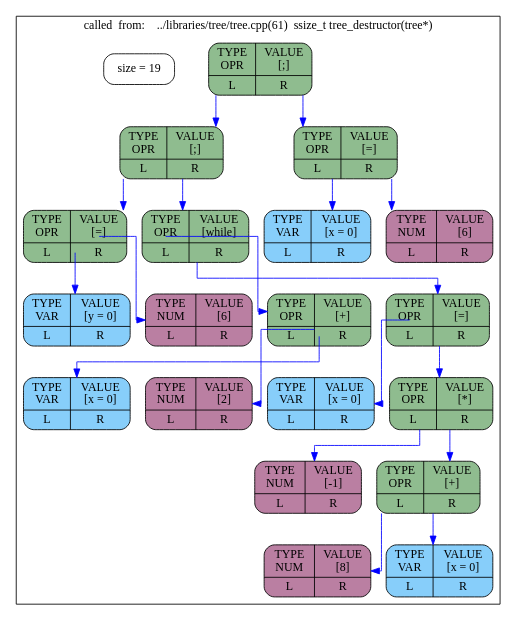
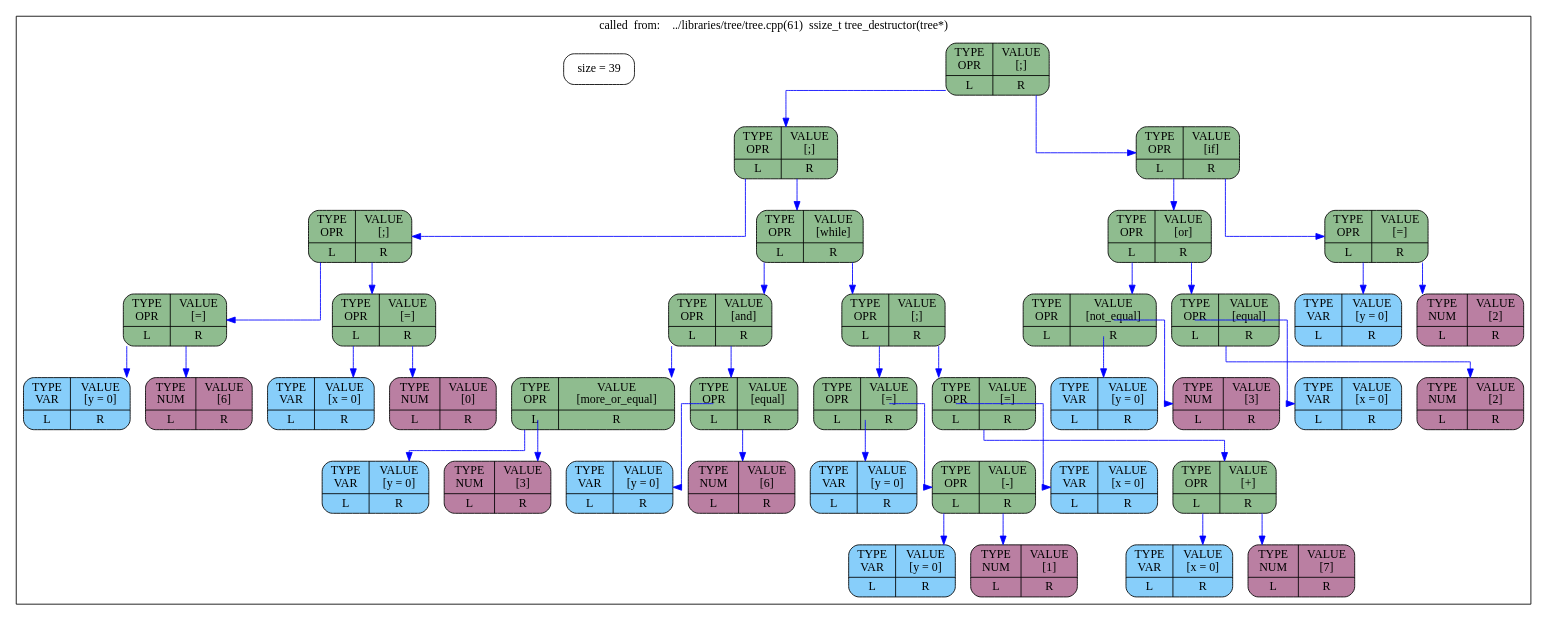
One commit to Andrelays/language changed the diagram in back_end/tree.dot. Above: the diagram before and after it, drawn with Graphviz. The commit also changed 31 other files, not shown here.

```diff
--- a/back_end/tree.dot
+++ b/back_end/tree.dot
@@ -1,66 +1,126 @@
 digraph Tree {
 	rankdir = TB;
 	node [shape = record];
 	splines=ortho;
 	subgraph cluster0 {
 		label = "called  from:    ../libraries/tree/tree.cpp(61)  ssize_t tree_destructor(tree*)";
-		node_0x604000000490  [shape = Mrecord, style = filled, fillcolor = "#8fbc8f", label = "{TYPE\n OPR | <left> L } | {VALUE\n [;] | <right> R} "];
-		node_0x604000000390  [shape = Mrecord, style = filled, fillcolor = "#8fbc8f", label = "{TYPE\n OPR | <left> L } | {VALUE\n [;] | <right> R} "];
+		node_0x604000000990  [shape = Mrecord, style = filled, fillcolor = "#8fbc8f", label = "{TYPE\n OPR | <left> L } | {VALUE\n [;] | <right> R} "];
+		node_0x604000000690  [shape = Mrecord, style = filled, fillcolor = "#8fbc8f", label = "{TYPE\n OPR | <left> L } | {VALUE\n [;] | <right> R} "];
+		node_0x604000000190  [shape = Mrecord, style = filled, fillcolor = "#8fbc8f", label = "{TYPE\n OPR | <left> L } | {VALUE\n [;] | <right> R} "];
 		node_0x604000000090  [shape = Mrecord, style = filled, fillcolor = "#8fbc8f", label = "{TYPE\n OPR | <left> L } | {VALUE\n [=] | <right> R} "];
 		node_0x604000000010  [shape = Mrecord, style = filled, fillcolor = "#87cefa", label = "{TYPE\n VAR | <left> L } | {VALUE\n [y = 0] | <right> R} "];
 
 	node_0x604000000090:<left> -> node_0x604000000010 	[color = blue];
 		node_0x604000000050  [shape = Mrecord, style = filled, fillcolor = "#ba7fa2", label = "{TYPE\n NUM | <left> L } | {VALUE\n [6] | <right> R} "];
 
 	node_0x604000000090:<right> -> node_0x604000000050 	[color = blue];
 
-	node_0x604000000390:<left> -> node_0x604000000090 	[color = blue];
-		node_0x604000000350  [shape = Mrecord, style = filled, fillcolor = "#8fbc8f", label = "{TYPE\n OPR | <left> L } | {VALUE\n [while] | <right> R} "];
-		node_0x604000000150  [shape = Mrecord, style = filled, fillcolor = "#8fbc8f", label = "{TYPE\n OPR | <left> L } | {VALUE\n [+] | <right> R} "];
+	node_0x604000000190:<left> -> node_0x604000000090 	[color = blue];
+		node_0x604000000150  [shape = Mrecord, style = filled, fillcolor = "#8fbc8f", label = "{TYPE\n OPR | <left> L } | {VALUE\n [=] | <right> R} "];
 		node_0x6040000000d0  [shape = Mrecord, style = filled, fillcolor = "#87cefa", label = "{TYPE\n VAR | <left> L } | {VALUE\n [x = 0] | <right> R} "];
 
 	node_0x604000000150:<left> -> node_0x6040000000d0 	[color = blue];
-		node_0x604000000110  [shape = Mrecord, style = filled, fillcolor = "#ba7fa2", label = "{TYPE\n NUM | <left> L } | {VALUE\n [2] | <right> R} "];
+		node_0x604000000110  [shape = Mrecord, style = filled, fillcolor = "#ba7fa2", label = "{TYPE\n NUM | <left> L } | {VALUE\n [0] | <right> R} "];
 
 	node_0x604000000150:<right> -> node_0x604000000110 	[color = blue];
 
-	node_0x604000000350:<left> -> node_0x604000000150 	[color = blue];
-		node_0x604000000310  [shape = Mrecord, style = filled, fillcolor = "#8fbc8f", label = "{TYPE\n OPR | <left> L } | {VALUE\n [=] | <right> R} "];
-		node_0x604000000190  [shape = Mrecord, style = filled, fillcolor = "#87cefa", label = "{TYPE\n VAR | <left> L } | {VALUE\n [x = 0] | <right> R} "];
+	node_0x604000000190:<right> -> node_0x604000000150 	[color = blue];
 
-	node_0x604000000310:<left> -> node_0x604000000190 	[color = blue];
-		node_0x6040000002d0  [shape = Mrecord, style = filled, fillcolor = "#8fbc8f", label = "{TYPE\n OPR | <left> L } | {VALUE\n [*] | <right> R} "];
-		node_0x6040000001d0  [shape = Mrecord, style = filled, fillcolor = "#ba7fa2", label = "{TYPE\n NUM | <left> L } | {VALUE\n [-1] | <right> R} "];
+	node_0x604000000690:<left> -> node_0x604000000190 	[color = blue];
+		node_0x604000000650  [shape = Mrecord, style = filled, fillcolor = "#8fbc8f", label = "{TYPE\n OPR | <left> L } | {VALUE\n [while] | <right> R} "];
+		node_0x604000000350  [shape = Mrecord, style = filled, fillcolor = "#8fbc8f", label = "{TYPE\n OPR | <left> L } | {VALUE\n [and] | <right> R} "];
+		node_0x604000000250  [shape = Mrecord, style = filled, fillcolor = "#8fbc8f", label = "{TYPE\n OPR | <left> L } | {VALUE\n [more_or_equal] | <right> R} "];
+		node_0x6040000001d0  [shape = Mrecord, style = filled, fillcolor = "#87cefa", label = "{TYPE\n VAR | <left> L } | {VALUE\n [y = 0] | <right> R} "];
 
-	node_0x6040000002d0:<left> -> node_0x6040000001d0 	[color = blue];
-		node_0x604000000290  [shape = Mrecord, style = filled, fillcolor = "#8fbc8f", label = "{TYPE\n OPR | <left> L } | {VALUE\n [+] | <right> R} "];
-		node_0x604000000210  [shape = Mrecord, style = filled, fillcolor = "#ba7fa2", label = "{TYPE\n NUM | <left> L } | {VALUE\n [8] | <right> R} "];
+	node_0x604000000250:<left> -> node_0x6040000001d0 	[color = blue];
+		node_0x604000000210  [shape = Mrecord, style = filled, fillcolor = "#ba7fa2", label = "{TYPE\n NUM | <left> L } | {VALUE\n [3] | <right> R} "];
 
-	node_0x604000000290:<left> -> node_0x604000000210 	[color = blue];
-		node_0x604000000250  [shape = Mrecord, style = filled, fillcolor = "#87cefa", label = "{TYPE\n VAR | <left> L } | {VALUE\n [x = 0] | <right> R} "];
+	node_0x604000000250:<right> -> node_0x604000000210 	[color = blue];
 
-	node_0x604000000290:<right> -> node_0x604000000250 	[color = blue];
+	node_0x604000000350:<left> -> node_0x604000000250 	[color = blue];
+		node_0x604000000310  [shape = Mrecord, style = filled, fillcolor = "#8fbc8f", label = "{TYPE\n OPR | <left> L } | {VALUE\n [equal] | <right> R} "];
+		node_0x604000000290  [shape = Mrecord, style = filled, fillcolor = "#87cefa", label = "{TYPE\n VAR | <left> L } | {VALUE\n [y = 0] | <right> R} "];
 
-	node_0x6040000002d0:<right> -> node_0x604000000290 	[color = blue];
+	node_0x604000000310:<left> -> node_0x604000000290 	[color = blue];
+		node_0x6040000002d0  [shape = Mrecord, style = filled, fillcolor = "#ba7fa2", label = "{TYPE\n NUM | <left> L } | {VALUE\n [6] | <right> R} "];
 
 	node_0x604000000310:<right> -> node_0x6040000002d0 	[color = blue];
 
 	node_0x604000000350:<right> -> node_0x604000000310 	[color = blue];
 
-	node_0x604000000390:<right> -> node_0x604000000350 	[color = blue];
+	node_0x604000000650:<left> -> node_0x604000000350 	[color = blue];
+		node_0x604000000610  [shape = Mrecord, style = filled, fillcolor = "#8fbc8f", label = "{TYPE\n OPR | <left> L } | {VALUE\n [;] | <right> R} "];
+		node_0x604000000490  [shape = Mrecord, style = filled, fillcolor = "#8fbc8f", label = "{TYPE\n OPR | <left> L } | {VALUE\n [=] | <right> R} "];
+		node_0x604000000390  [shape = Mrecord, style = filled, fillcolor = "#87cefa", label = "{TYPE\n VAR | <left> L } | {VALUE\n [y = 0] | <right> R} "];
 
 	node_0x604000000490:<left> -> node_0x604000000390 	[color = blue];
-		node_0x604000000450  [shape = Mrecord, style = filled, fillcolor = "#8fbc8f", label = "{TYPE\n OPR | <left> L } | {VALUE\n [=] | <right> R} "];
-		node_0x6040000003d0  [shape = Mrecord, style = filled, fillcolor = "#87cefa", label = "{TYPE\n VAR | <left> L } | {VALUE\n [x = 0] | <right> R} "];
+		node_0x604000000450  [shape = Mrecord, style = filled, fillcolor = "#8fbc8f", label = "{TYPE\n OPR | <left> L } | {VALUE\n [-] | <right> R} "];
+		node_0x6040000003d0  [shape = Mrecord, style = filled, fillcolor = "#87cefa", label = "{TYPE\n VAR | <left> L } | {VALUE\n [y = 0] | <right> R} "];
 
 	node_0x604000000450:<left> -> node_0x6040000003d0 	[color = blue];
-		node_0x604000000410  [shape = Mrecord, style = filled, fillcolor = "#ba7fa2", label = "{TYPE\n NUM | <left> L } | {VALUE\n [6] | <right> R} "];
+		node_0x604000000410  [shape = Mrecord, style = filled, fillcolor = "#ba7fa2", label = "{TYPE\n NUM | <left> L } | {VALUE\n [1] | <right> R} "];
 
 	node_0x604000000450:<right> -> node_0x604000000410 	[color = blue];
 
 	node_0x604000000490:<right> -> node_0x604000000450 	[color = blue];
 
+	node_0x604000000610:<left> -> node_0x604000000490 	[color = blue];
+		node_0x6040000005d0  [shape = Mrecord, style = filled, fillcolor = "#8fbc8f", label = "{TYPE\n OPR | <left> L } | {VALUE\n [=] | <right> R} "];
+		node_0x6040000004d0  [shape = Mrecord, style = filled, fillcolor = "#87cefa", label = "{TYPE\n VAR | <left> L } | {VALUE\n [x = 0] | <right> R} "];
 
-		Info[shape = Mrecord, label = "size = 19 "];
+	node_0x6040000005d0:<left> -> node_0x6040000004d0 	[color = blue];
+		node_0x604000000590  [shape = Mrecord, style = filled, fillcolor = "#8fbc8f", label = "{TYPE\n OPR | <left> L } | {VALUE\n [+] | <right> R} "];
+		node_0x604000000510  [shape = Mrecord, style = filled, fillcolor = "#87cefa", label = "{TYPE\n VAR | <left> L } | {VALUE\n [x = 0] | <right> R} "];
+
+	node_0x604000000590:<left> -> node_0x604000000510 	[color = blue];
+		node_0x604000000550  [shape = Mrecord, style = filled, fillcolor = "#ba7fa2", label = "{TYPE\n NUM | <left> L } | {VALUE\n [7] | <right> R} "];
+
+	node_0x604000000590:<right> -> node_0x604000000550 	[color = blue];
+
+	node_0x6040000005d0:<right> -> node_0x604000000590 	[color = blue];
+
+	node_0x604000000610:<right> -> node_0x6040000005d0 	[color = blue];
+
+	node_0x604000000650:<right> -> node_0x604000000610 	[color = blue];
+
+	node_0x604000000690:<right> -> node_0x604000000650 	[color = blue];
+
+	node_0x604000000990:<left> -> node_0x604000000690 	[color = blue];
+		node_0x604000000950  [shape = Mrecord, style = filled, fillcolor = "#8fbc8f", label = "{TYPE\n OPR | <left> L } | {VALUE\n [if] | <right> R} "];
+		node_0x604000000850  [shape = Mrecord, style = filled, fillcolor = "#8fbc8f", label = "{TYPE\n OPR | <left> L } | {VALUE\n [or] | <right> R} "];
+		node_0x604000000750  [shape = Mrecord, style = filled, fillcolor = "#8fbc8f", label = "{TYPE\n OPR | <left> L } | {VALUE\n [not_equal] | <right> R} "];
+		node_0x6040000006d0  [shape = Mrecord, style = filled, fillcolor = "#87cefa", label = "{TYPE\n VAR | <left> L } | {VALUE\n [y = 0] | <right> R} "];
+
+	node_0x604000000750:<left> -> node_0x6040000006d0 	[color = blue];
+		node_0x604000000710  [shape = Mrecord, style = filled, fillcolor = "#ba7fa2", label = "{TYPE\n NUM | <left> L } | {VALUE\n [3] | <right> R} "];
+
+	node_0x604000000750:<right> -> node_0x604000000710 	[color = blue];
+
+	node_0x604000000850:<left> -> node_0x604000000750 	[color = blue];
+		node_0x604000000810  [shape = Mrecord, style = filled, fillcolor = "#8fbc8f", label = "{TYPE\n OPR | <left> L } | {VALUE\n [equal] | <right> R} "];
+		node_0x604000000790  [shape = Mrecord, style = filled, fillcolor = "#87cefa", label = "{TYPE\n VAR | <left> L } | {VALUE\n [x = 0] | <right> R} "];
+
+	node_0x604000000810:<left> -> node_0x604000000790 	[color = blue];
+		node_0x6040000007d0  [shape = Mrecord, style = filled, fillcolor = "#ba7fa2", label = "{TYPE\n NUM | <left> L } | {VALUE\n [2] | <right> R} "];
+
+	node_0x604000000810:<right> -> node_0x6040000007d0 	[color = blue];
+
+	node_0x604000000850:<right> -> node_0x604000000810 	[color = blue];
+
+	node_0x604000000950:<left> -> node_0x604000000850 	[color = blue];
+		node_0x604000000910  [shape = Mrecord, style = filled, fillcolor = "#8fbc8f", label = "{TYPE\n OPR | <left> L } | {VALUE\n [=] | <right> R} "];
+		node_0x604000000890  [shape = Mrecord, style = filled, fillcolor = "#87cefa", label = "{TYPE\n VAR | <left> L } | {VALUE\n [y = 0] | <right> R} "];
+
+	node_0x604000000910:<left> -> node_0x604000000890 	[color = blue];
+		node_0x6040000008d0  [shape = Mrecord, style = filled, fillcolor = "#ba7fa2", label = "{TYPE\n NUM | <left> L } | {VALUE\n [2] | <right> R} "];
+
+	node_0x604000000910:<right> -> node_0x6040000008d0 	[color = blue];
+
+	node_0x604000000950:<right> -> node_0x604000000910 	[color = blue];
+
+	node_0x604000000990:<right> -> node_0x604000000950 	[color = blue];
+
+
+		Info[shape = Mrecord, label = "size = 39 "];
 	}
 }
```
